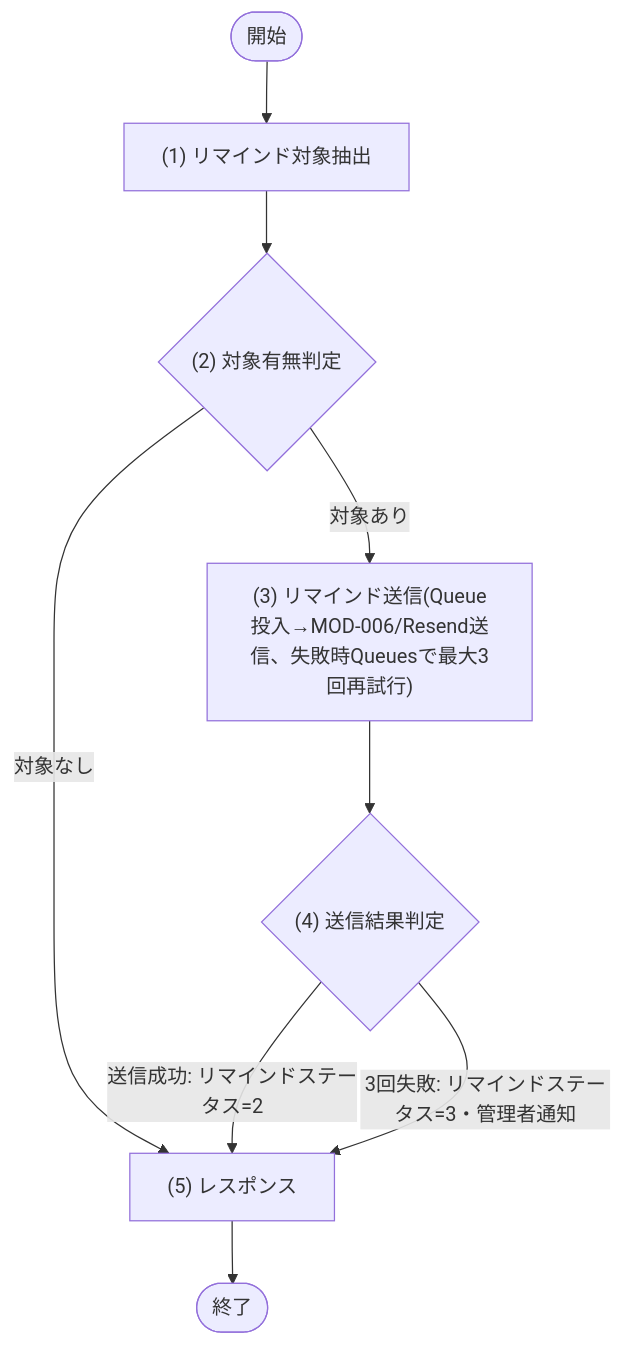
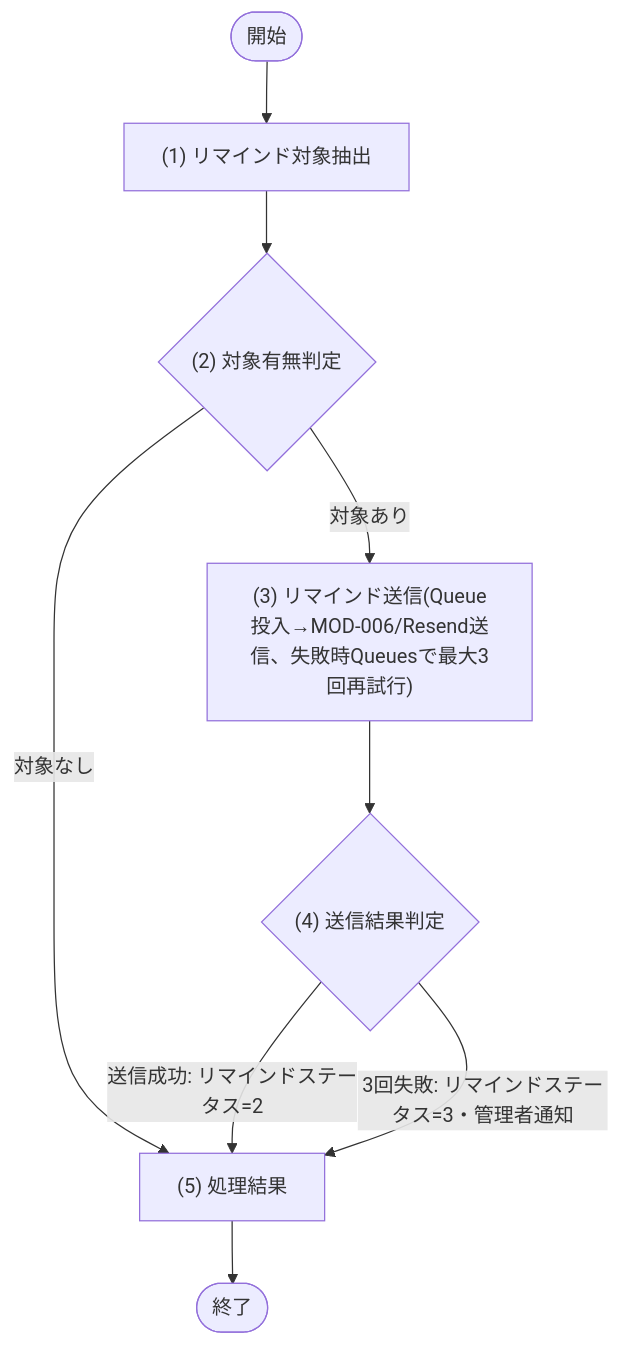
Before and after one commit to sikakou54/system-document-template: the diagram in docs/02_機能設計/04_JOB設計/JOB-001_予約リマインド通知.md, drawn with Mermaid. The commit also changed other lines of this file and 22 other files, not shown here.

````diff
--- a/docs/02_機能設計/04_JOB設計/JOB-001_予約リマインド通知.md
+++ b/docs/02_機能設計/04_JOB設計/JOB-001_予約リマインド通知.md
@@ -32,16 +32,16 @@
 ```mermaid
 flowchart TD
   Start([開始])
   P1["(1) リマインド対象抽出"]
   D1{"(2) 対象有無判定"}
   P2["(3) リマインド送信(Queue投入→MOD-006/Resend送信、失敗時Queuesで最大3回再試行)"]
   D2{"(4) 送信結果判定"}
-  P3["(5) レスポンス"]
+  P3["(5) 処理結果"]
   End([終了])
 
   Start --> P1 --> D1
   D1 -- "対象なし" --> P3 --> End
   D1 -- "対象あり" --> P2 --> D2
   D2 -- "送信成功: リマインドステータス=2" --> P3
   D2 -- "3回失敗: リマインドステータス=3・管理者通知" --> P3
 ```
````
